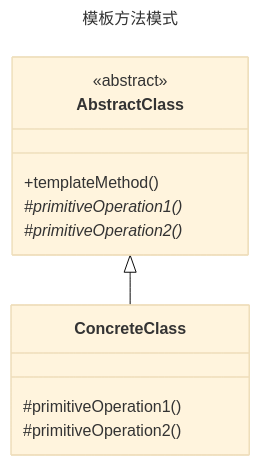
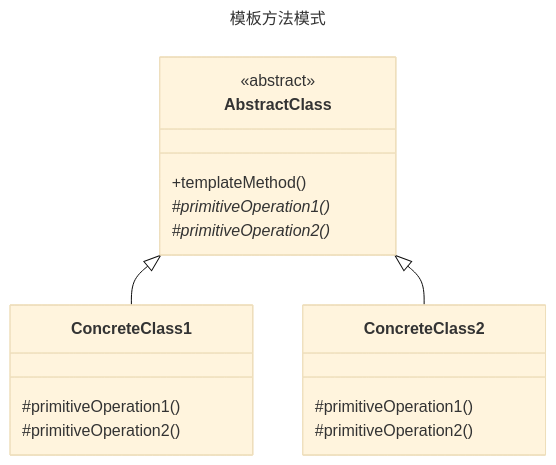
The diagram in template-method/README.md (fengyun89/typescript-design-patterns), drawn with Mermaid (base theme) before and after one commit. The commit also changed 22 other files, not shown here.

Commit message:
行为型模式类图

````diff
--- a/template-method/README.md
+++ b/template-method/README.md
@@ -1,17 +1,22 @@
 ```mermaid
 ---
 title: 模板方法模式
 ---
 classDiagram
     class AbstractClass {
         <<abstract>>
         +templateMethod()
         #primitiveOperation1()*
         #primitiveOperation2()*
     }
-    class ConcreteClass {
+    class ConcreteClass1 {
         #primitiveOperation1()
         #primitiveOperation2()
     }
-    AbstractClass <|-- ConcreteClass
+    class ConcreteClass2 {
+        #primitiveOperation1()
+        #primitiveOperation2()
+    }
+    AbstractClass <|-- ConcreteClass1
+    AbstractClass <|-- ConcreteClass2
 ```
````
